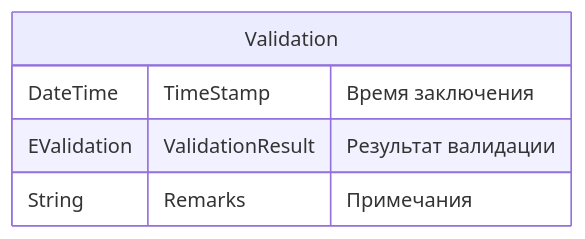
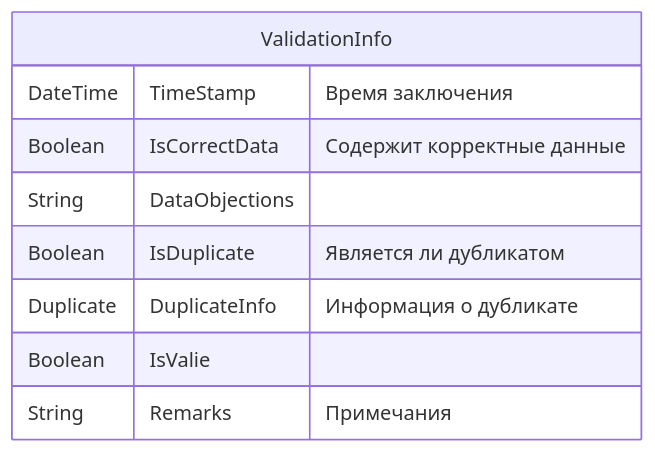
One commit to Zorin-Mykhailo/Kusto changed the second of 5 diagrams in Kusto/Documents/2313902__ContractorsCheck/DataModel.md. Above: the diagram before and after it, drawn with Mermaid. The commit also changed other lines of this file, not shown here.

````diff
--- a/Kusto/Documents/2313902__ContractorsCheck/DataModel.md
+++ b/Kusto/Documents/2313902__ContractorsCheck/DataModel.md
@@ -20,8 +23,13 @@
 ```mermaid
 erDiagram
-  Validation {
+  ValidationInfo {
     DateTime TimeStamp "Время заключения"
-    EValidation ValidationResult "Результат валидации"    
+    Boolean IsCorrectData "Содержит корректные данные"
+    String DataObjections ""
+    Boolean IsDuplicate "Является ли дубликатом"
+    Duplicate DuplicateInfo "Информация о дубликате"
+    Boolean IsValie ""
     String Remarks "Примечания"
+    
   }
 ```
````
